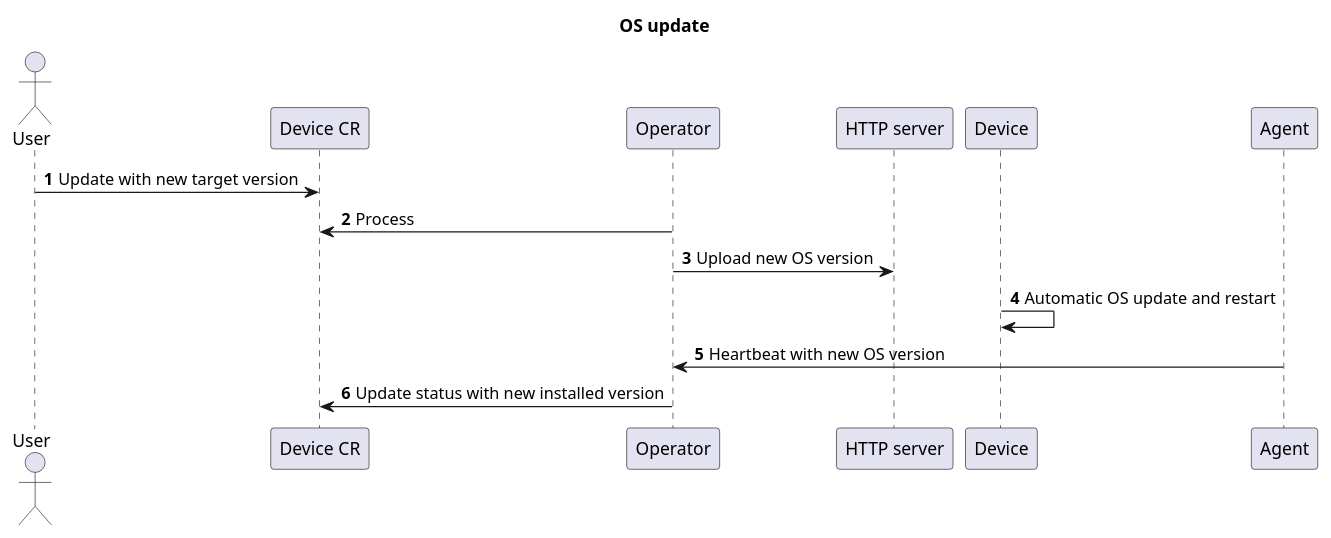
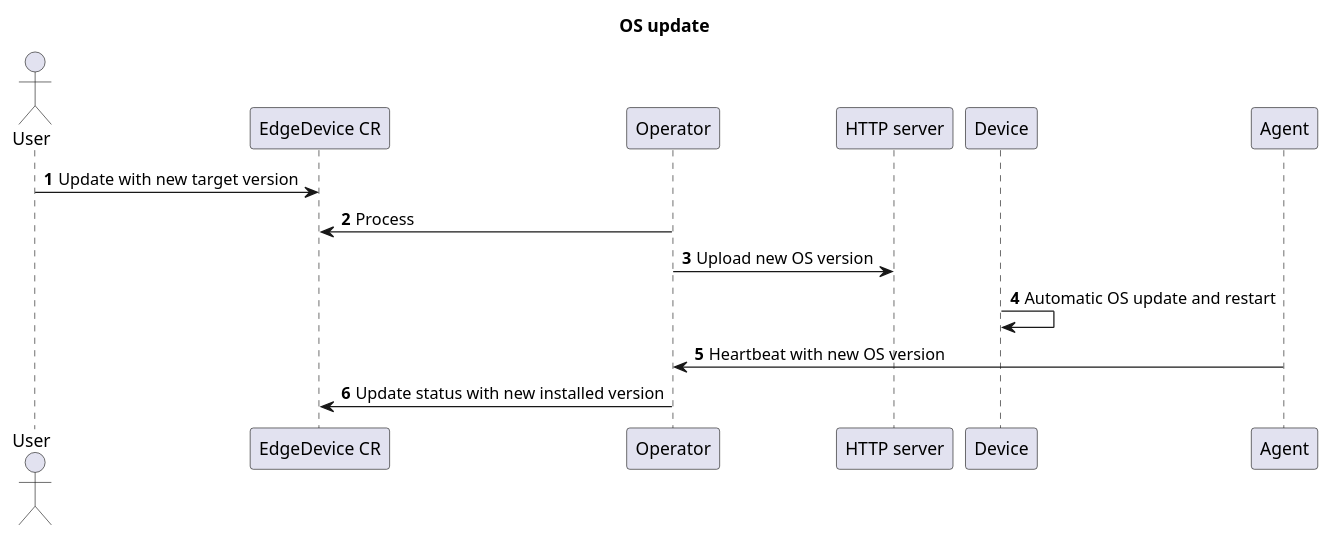
Before and after one commit to jakub-dzon/k4e-agent: the diagram in docs/diagrams/OS Update.puml, drawn with PlantUML. The commit also changed 7 other files, not shown here.

```diff
--- a/docs/diagrams/OS Update.puml
+++ b/docs/diagrams/OS Update.puml
@@ -1,15 +1,15 @@
 @startuml
 'https://plantuml.com/sequence-diagram
 
 title OS update
 autonumber
 actor User
 
-User -> "Device CR": Update with new target version
-Operator -> "Device CR": Process
+User -> "EdgeDevice CR": Update with new target version
+Operator -> "EdgeDevice CR": Process
 Operator -> "HTTP server": Upload new OS version
 Device -> Device: Automatic OS update and restart
 Agent -> Operator: Heartbeat with new OS version
-Operator -> "Device CR": Update status with new installed version
+Operator -> "EdgeDevice CR": Update status with new installed version
 
 @enduml
```
